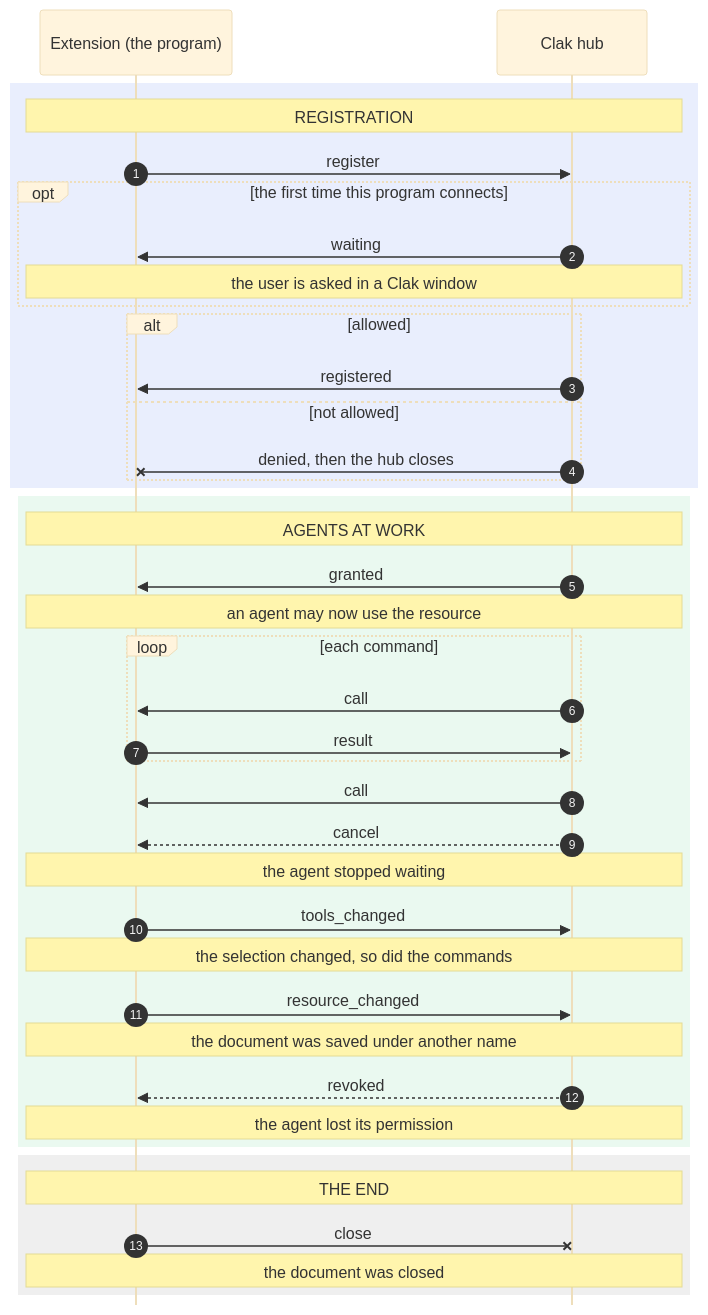
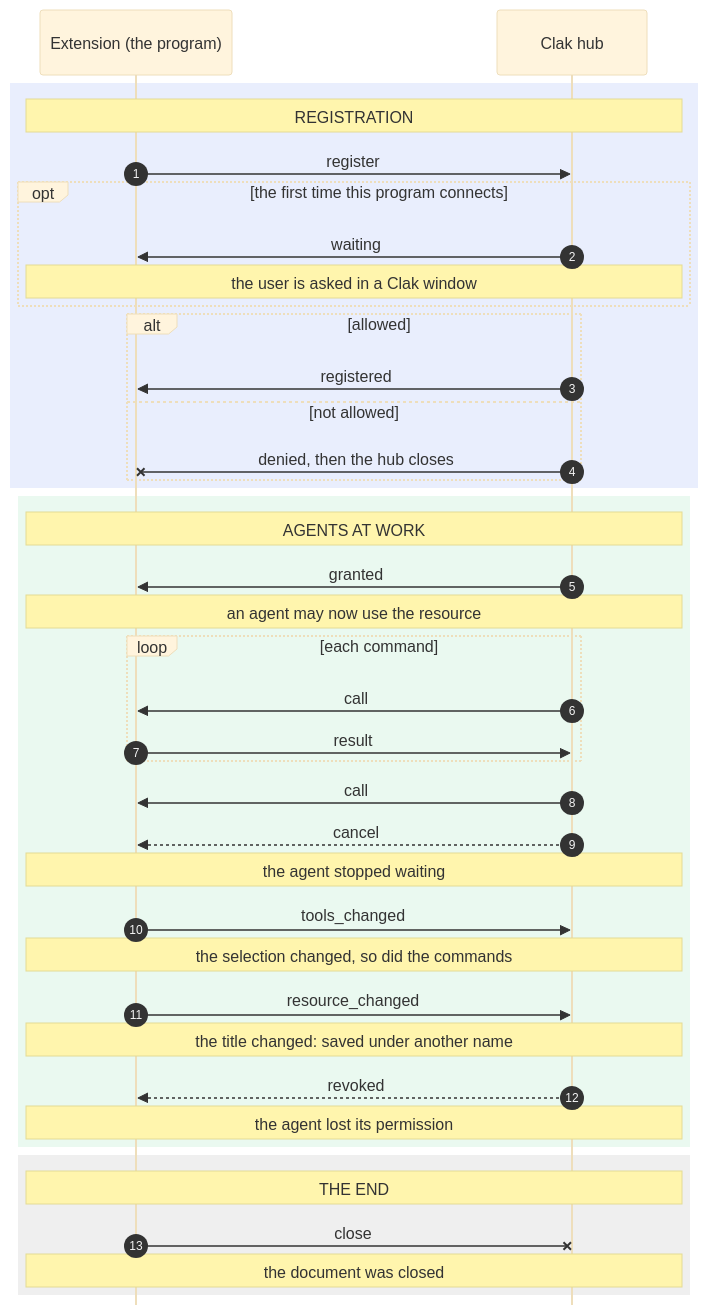
Before and after one commit to giancarlov93/clak: the diagram in docs/protocol.md, drawn with Mermaid (base theme). The commit also changed other lines of this file and 6 other files, not shown here.

````diff
--- a/docs/protocol.md
+++ b/docs/protocol.md
@@ -95,46 +96,46 @@
 ```mermaid
 %%{init: {"sequence": {"mirrorActors": false, "actorMargin": 220, "boxMargin": 8, "noteMargin": 8}}}%%
 sequenceDiagram
     autonumber
     participant E as Extension (the program)
     participant H as Clak hub
 
     rect rgba(47, 91, 234, 0.10)
         Note over E,H: REGISTRATION
         E->>H: register
         opt the first time this program connects
             H->>E: waiting
             Note over E,H: the user is asked in a Clak window
         end
         alt allowed
             H->>E: registered
         else not allowed
             H-xE: denied, then the hub closes
         end
     end
 
     rect rgba(53, 199, 107, 0.10)
         Note over E,H: AGENTS AT WORK
         H->>E: granted
         Note over E,H: an agent may now use the resource
         loop each command
             H->>E: call
             E->>H: result
         end
         H->>E: call
         H-->>E: cancel
         Note over E,H: the agent stopped waiting
         E->>H: tools_changed
         Note over E,H: the selection changed, so did the commands
         E->>H: resource_changed
-        Note over E,H: the document was saved under another name
+        Note over E,H: the title changed: saved under another name
         H-->>E: revoked
         Note over E,H: the agent lost its permission
     end
 
     rect rgba(127, 127, 127, 0.12)
         Note over E,H: THE END
         E-xH: close
         Note over E,H: the document was closed
     end
 ```
````
